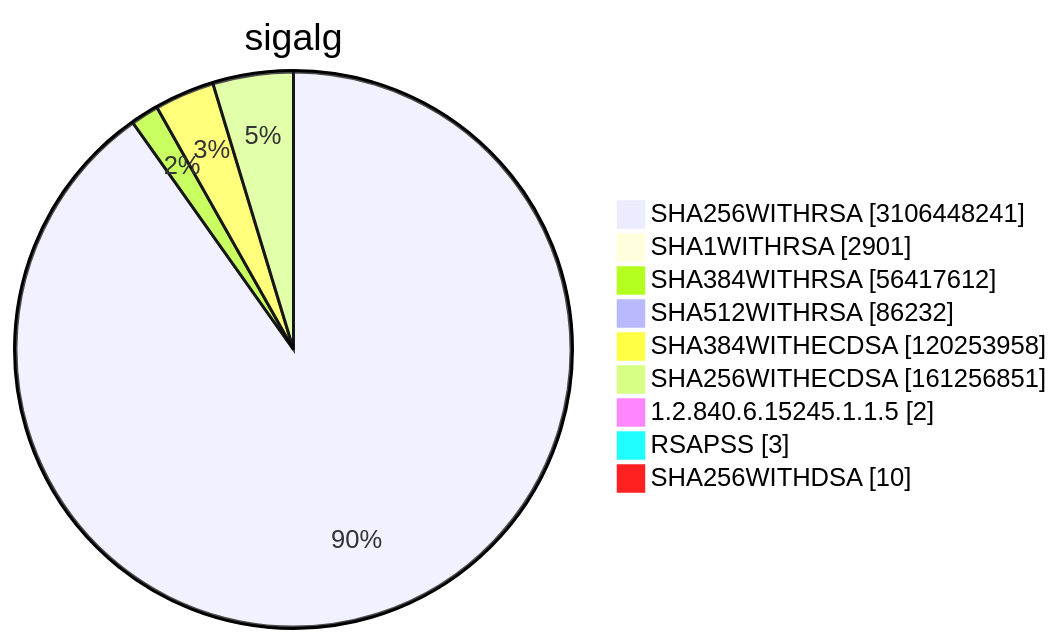
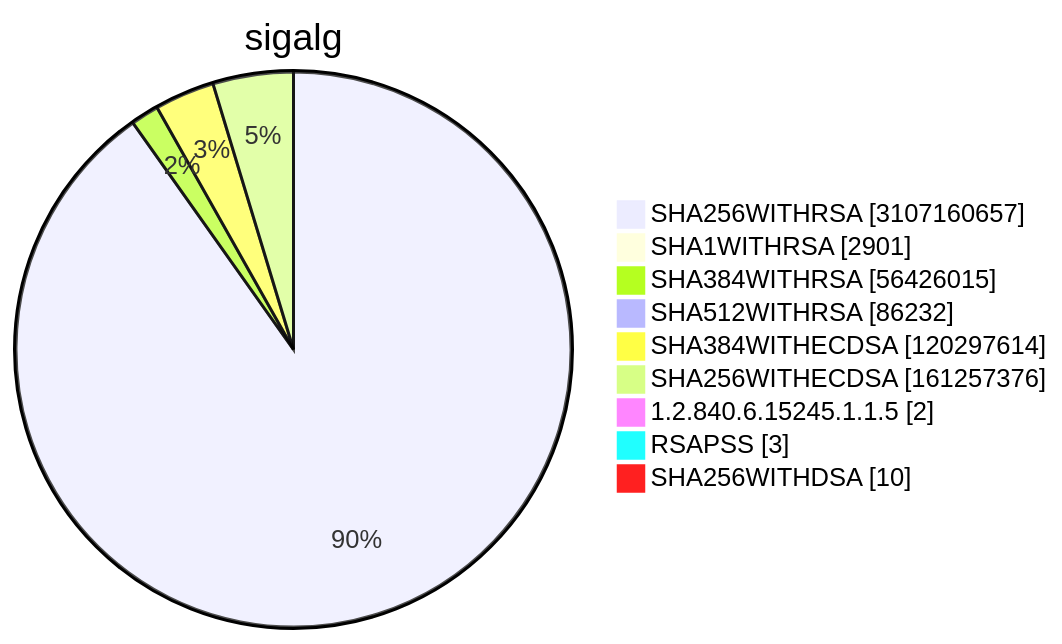
One commit to christiankrug/ctmonitor_visualization changed diagram 15 of 15 in TOTAL/README.md. Above: the diagram before and after it, drawn with Mermaid. The commit also changed other lines of this file, not shown here.

````diff
--- a/TOTAL/README.md
+++ b/TOTAL/README.md
@@ -6212,13 +6212,13 @@
 ```mermaid
 pie showData
 title sigalg
-"SHA256WITHRSA" :3106448241
+"SHA256WITHRSA" :3107160657
 "SHA1WITHRSA" :2901
-"SHA384WITHRSA" :56417612
+"SHA384WITHRSA" :56426015
 "SHA512WITHRSA" :86232
-"SHA384WITHECDSA" :120253958
-"SHA256WITHECDSA" :161256851
+"SHA384WITHECDSA" :120297614
+"SHA256WITHECDSA" :161257376
 "1.2.840.6.15245.1.1.5" :2
 "RSAPSS" :3
 "SHA256WITHDSA" :10
 ```
````
